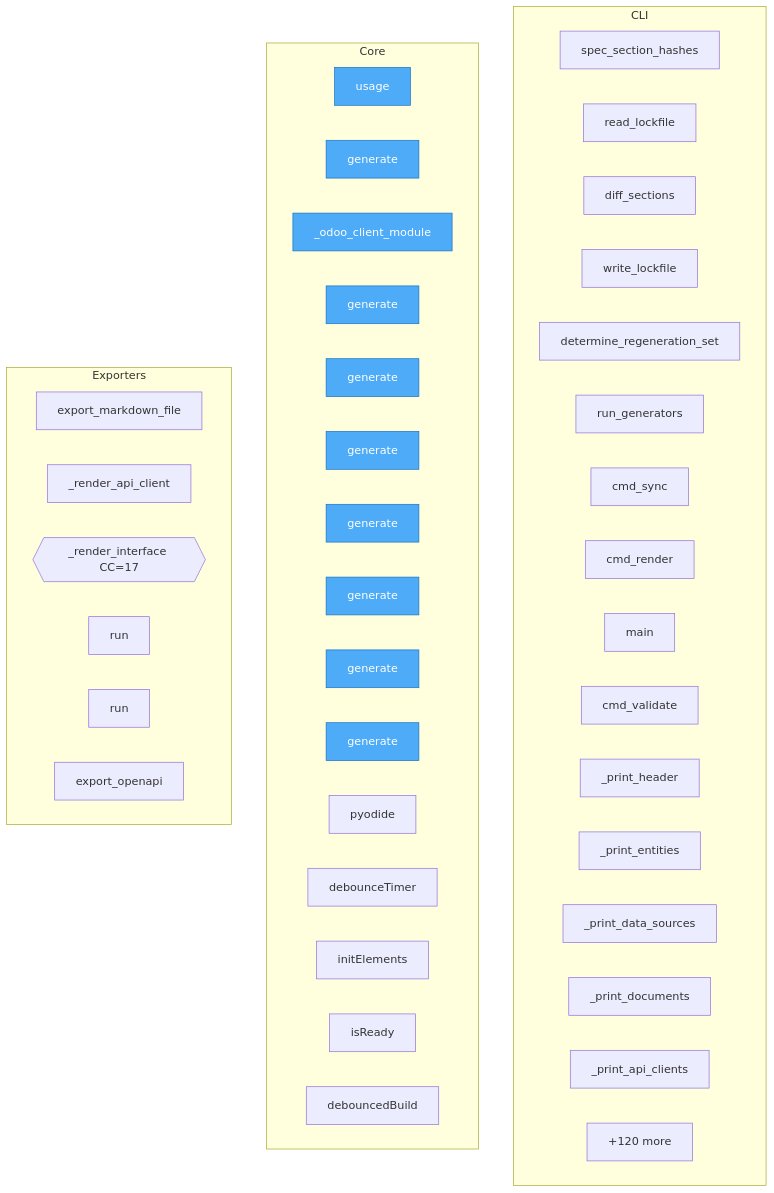
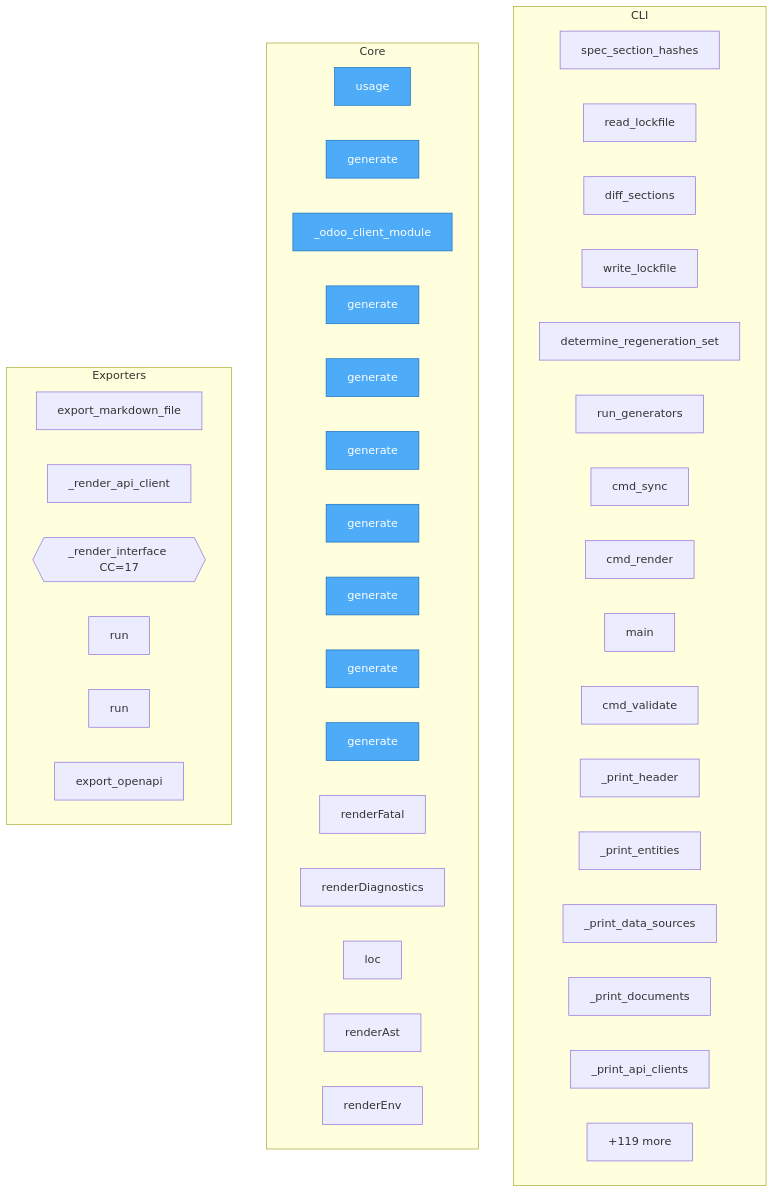
Before and after one commit to oqlos/doql: the diagram in project/flow.mmd, drawn with Mermaid. The commit also changed 28 other files, not shown here.

```diff
--- a/project/flow.mmd
+++ b/project/flow.mmd
@@ -1,53 +1,53 @@
 flowchart TD
 
     %% Entry points (blue)
     classDef entry fill:#4dabf7,stroke:#1971c2,color:#fff
 
     subgraph CLI
         doql__cli__lockfile__spec_section_hashes["spec_section_hashes"]
         doql__cli__lockfile__read_lockfile["read_lockfile"]
         doql__cli__lockfile__diff_sections["diff_sections"]
         doql__cli__lockfile__write_lockfile["write_lockfile"]
         doql__cli__sync__determine_regeneration_set["determine_regeneration_set"]
         doql__cli__sync__run_generators["run_generators"]
         doql__cli__sync__cmd_sync["cmd_sync"]
         doql__cli__commands__render__cmd_render["cmd_render"]
         doql__cli__main__main["main"]
         doql__cli__commands__validate__cmd_validate["cmd_validate"]
         doql__cli__commands__plan___print_header["_print_header"]
         doql__cli__commands__plan___print_entities["_print_entities"]
         doql__cli__commands__plan___print_data_sources["_print_data_sources"]
         doql__cli__commands__plan___print_documents["_print_documents"]
         doql__cli__commands__plan___print_api_clients["_print_api_clients"]
-        ...["+52 more"]
+        ...["+58 more"]
     end
 
     subgraph Core
         doql__usage["usage"]
         plugins__doql_plugin_gxp__doql_plugin_gxp__generate["generate"]
         plugins__doql_plugin_erp__doql_plugin_erp___odoo_client_module["_odoo_client_module"]
         plugins__doql_plugin_erp__doql_plugin_erp__generate["generate"]
         plugins__doql_plugin_iso17025__doql_plugin_iso17025__traceability__generate["generate"]
-        plugins__doql_plugin_iso17025__doql_plugin_iso17025__generate["generate"]
         plugins__doql_plugin_iso17025__doql_plugin_iso17025__certificate__generate["generate"]
         plugins__doql_plugin_iso17025__doql_plugin_iso17025__migration__generate["generate"]
+        plugins__doql_plugin_iso17025__doql_plugin_iso17025__generate["generate"]
         plugins__doql_plugin_iso17025__doql_plugin_iso17025__uncertainty__generate["generate"]
         plugins__doql_plugin_iso17025__doql_plugin_iso17025__drift_monitor__generate["generate"]
-        playground__pyodide_bridge__pyodide["pyodide"]
-        playground__pyodide_bridge__debounceTimer["debounceTimer"]
-        playground__pyodide_bridge__initElements["initElements"]
-        playground__pyodide_bridge__isReady["isReady"]
-        playground__pyodide_bridge__debouncedBuild["debouncedBuild"]
-        ...["+120 more"]
+        playground__renderers__renderFatal["renderFatal"]
+        playground__renderers__renderDiagnostics["renderDiagnostics"]
+        playground__renderers__loc["loc"]
+        playground__renderers__renderAst["renderAst"]
+        playground__renderers__renderEnv["renderEnv"]
+        ...["+119 more"]
     end
 
     subgraph Exporters
         doql__exporters__markdown__export_markdown_file["export_markdown_file"]
         doql__exporters__css__renderers___render_api_client["_render_api_client"]
         doql__exporters__css__renderers___render_interface{{_render_interface CC=17}}
         doql__generators__export_postman__run["run"]
         doql__generators__export_ts_sdk__run["run"]
         doql__generators__api_gen__export_openapi["export_openapi"]
     end
 
-    class doql__usage,plugins__doql_plugin_gxp__doql_plugin_gxp__generate,plugins__doql_plugin_erp__doql_plugin_erp___odoo_client_module,plugins__doql_plugin_erp__doql_plugin_erp__generate,plugins__doql_plugin_iso17025__doql_plugin_iso17025__traceability__generate,plugins__doql_plugin_iso17025__doql_plugin_iso17025__generate,plugins__doql_plugin_iso17025__doql_plugin_iso17025__certificate__generate,plugins__doql_plugin_iso17025__doql_plugin_iso17025__migration__generate,plugins__doql_plugin_iso17025__doql_plugin_iso17025__uncertainty__generate,plugins__doql_plugin_iso17025__doql_plugin_iso17025__drift_monitor__generate entry
+    class doql__usage,plugins__doql_plugin_gxp__doql_plugin_gxp__generate,plugins__doql_plugin_erp__doql_plugin_erp___odoo_client_module,plugins__doql_plugin_erp__doql_plugin_erp__generate,plugins__doql_plugin_iso17025__doql_plugin_iso17025__traceability__generate,plugins__doql_plugin_iso17025__doql_plugin_iso17025__certificate__generate,plugins__doql_plugin_iso17025__doql_plugin_iso17025__migration__generate,plugins__doql_plugin_iso17025__doql_plugin_iso17025__generate,plugins__doql_plugin_iso17025__doql_plugin_iso17025__uncertainty__generate,plugins__doql_plugin_iso17025__doql_plugin_iso17025__drift_monitor__generate entry
```
